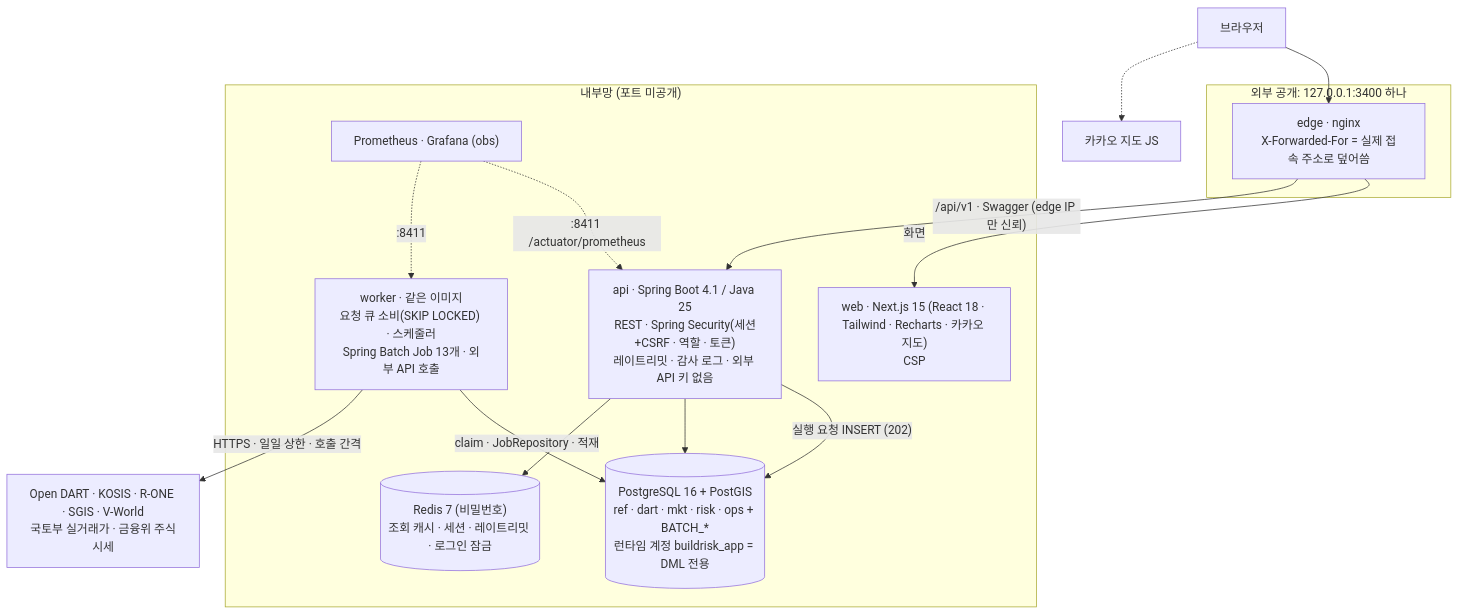
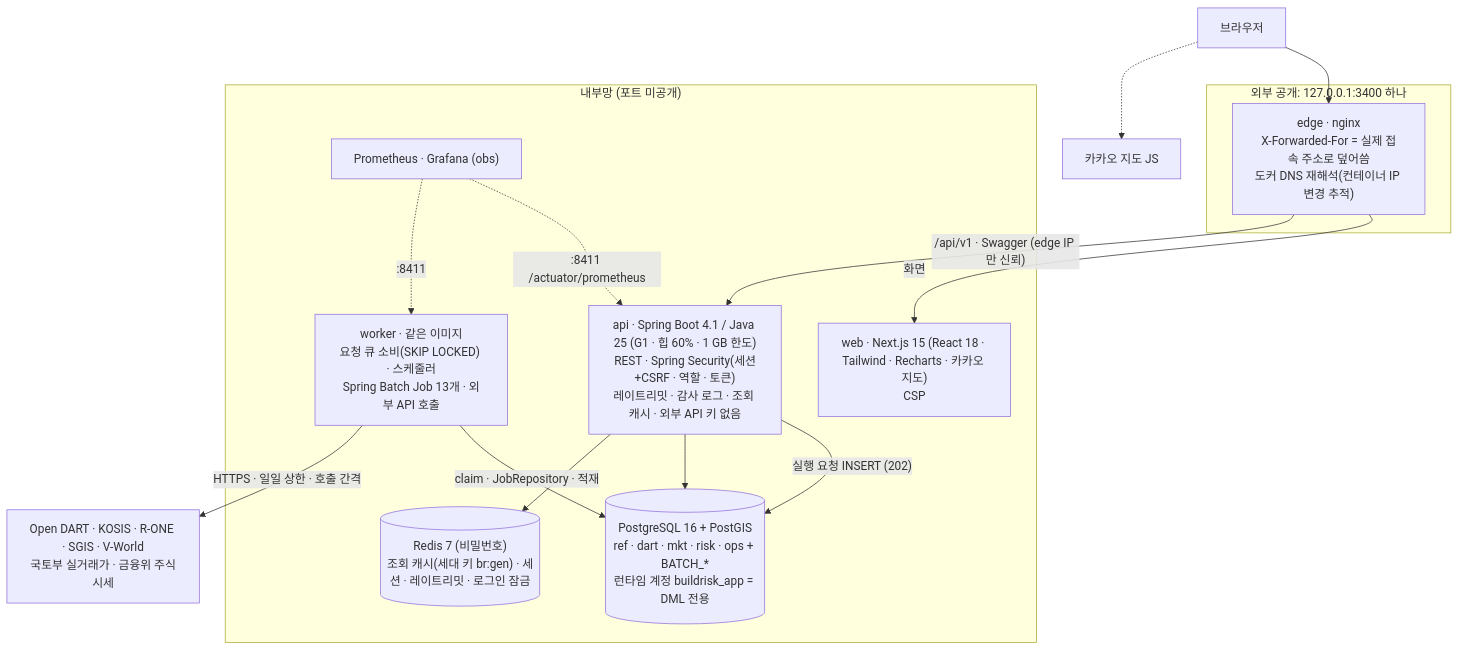
One commit to Jinyoung-Kang/buildrisk-radar changed the first of 2 diagrams in README.md. Above: the diagram before and after it, drawn with Mermaid. The commit also changed other lines of this file and 65 other files, not shown here.

````diff
--- a/README.md
+++ b/README.md
@@ -107,29 +108,29 @@
 ```mermaid
 flowchart TB
   user["브라우저"]
   subgraph edgezone["외부 공개: 127.0.0.1:3400 하나"]
-    edge["edge · nginx<br/>X-Forwarded-For = 실제 접속 주소로 덮어씀"]
+    edge["edge · nginx<br/>X-Forwarded-For = 실제 접속 주소로 덮어씀<br/>도커 DNS 재해석(컨테이너 IP 변경 추적)"]
   end
   subgraph internal["내부망 (포트 미공개)"]
     web["web · Next.js 15 (React 18 · Tailwind · Recharts · 카카오 지도)<br/>CSP"]
-    api["api · Spring Boot 4.1 / Java 25<br/>REST · Spring Security(세션+CSRF · 역할 · 토큰)<br/>레이트리밋 · 감사 로그 · 외부 API 키 없음"]
+    api["api · Spring Boot 4.1 / Java 25 (G1 · 힙 60% · 1 GB 한도)<br/>REST · Spring Security(세션+CSRF · 역할 · 토큰)<br/>레이트리밋 · 감사 로그 · 조회 캐시 · 외부 API 키 없음"]
     worker["worker · 같은 이미지<br/>요청 큐 소비(SKIP LOCKED) · 스케줄러<br/>Spring Batch Job 13개 · 외부 API 호출"]
     pg[("PostgreSQL 16 + PostGIS<br/>ref · dart · mkt · risk · ops + BATCH_*<br/>런타임 계정 buildrisk_app = DML 전용")]
-    redis[("Redis 7 (비밀번호)<br/>조회 캐시 · 세션 · 레이트리밋 · 로그인 잠금")]
+    redis[("Redis 7 (비밀번호)<br/>조회 캐시(세대 키 br:gen) · 세션 · 레이트리밋 · 로그인 잠금")]
     prom["Prometheus · Grafana (obs)"]
   end
   ext["Open DART · KOSIS · R-ONE · SGIS · V-World<br/>국토부 실거래가 · 금융위 주식시세"]
   kakao["카카오 지도 JS"]
 
   user --> edge
   user -.-> kakao
   edge -- "화면" --> web
   edge -- "/api/v1 · Swagger (edge IP 만 신뢰)" --> api
   api -- "실행 요청 INSERT (202)" --> pg
   worker -- "claim · JobRepository · 적재" --> pg
   worker -- "HTTPS · 일일 상한 · 호출 간격" --> ext
   api --> pg
   api --> redis
   prom -. ":8411 /actuator/prometheus" .-> api
   prom -. ":8411" .-> worker
 ```
````
